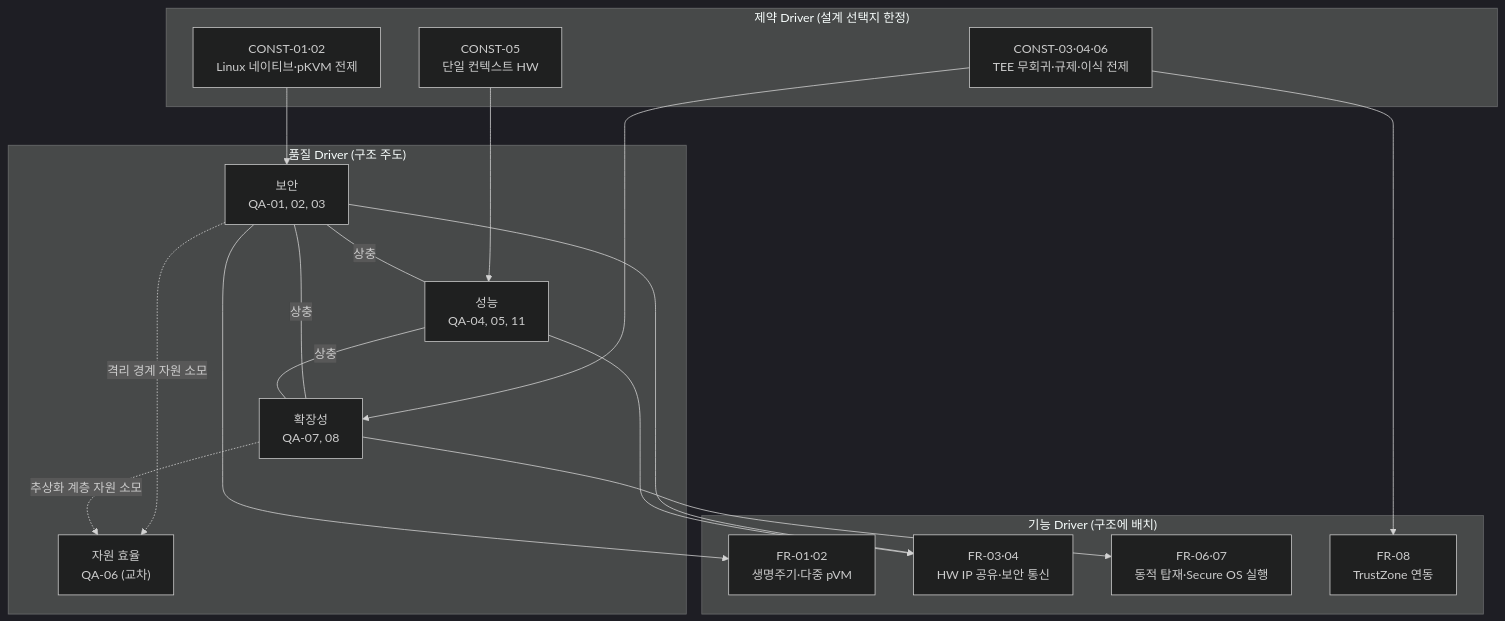
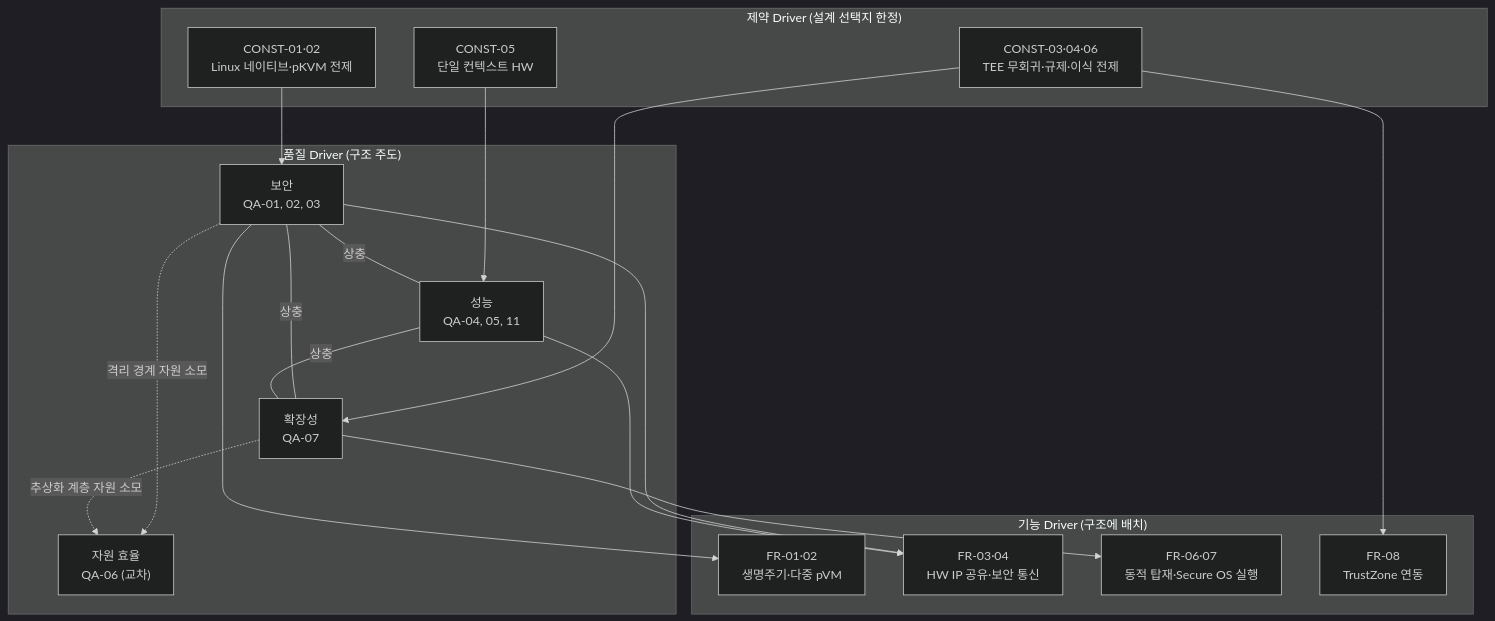
One commit to boram1288/test-p changed the diagram in docs/04_architectural_drivers.md. Above: the diagram before and after it, drawn with Mermaid (dark theme). The commit also changed other lines of this file and 1 other file, not shown here.

````diff
--- a/docs/04_architectural_drivers.md
+++ b/docs/04_architectural_drivers.md
@@ -91,34 +91,34 @@
 ```mermaid
 flowchart TB
     subgraph const_d["제약 Driver (설계 선택지 한정)"]
         C12["CONST-01·02<br/>Linux 네이티브·pKVM 전제"]
         C5["CONST-05<br/>단일 컨텍스트 HW"]
         C36["CONST-03·04·06<br/>TEE 무회귀·규제·이식 전제"]
     end
     subgraph qa_d["품질 Driver (구조 주도)"]
         SEC["보안<br/>QA-01, 02, 03"]
         PERF["성능<br/>QA-04, 05, 11"]
-        EXT["확장성<br/>QA-07, 08"]
+        EXT["확장성<br/>QA-07"]
         RES["자원 효율<br/>QA-06 (교차)"]
     end
     subgraph fr_d["기능 Driver (구조에 배치)"]
         F12["FR-01·02<br/>생명주기·다중 pVM"]
         F34["FR-03·04<br/>HW IP 공유·보안 통신"]
         F67["FR-06·07<br/>동적 탑재·Secure OS 실행"]
         F8["FR-08<br/>TrustZone 연동"]
     end
 
     C12 --> SEC
     C5 --> PERF
     C36 --> EXT
     SEC ---|"상충"| PERF
     SEC ---|"상충"| EXT
     PERF ---|"상충"| EXT
     SEC -.->|"격리 경계 자원 소모"| RES
     EXT -.->|"추상화 계층 자원 소모"| RES
     SEC --> F12
     SEC --> F34
     PERF --> F34
     EXT --> F67
     C36 --> F8
 ```
````
